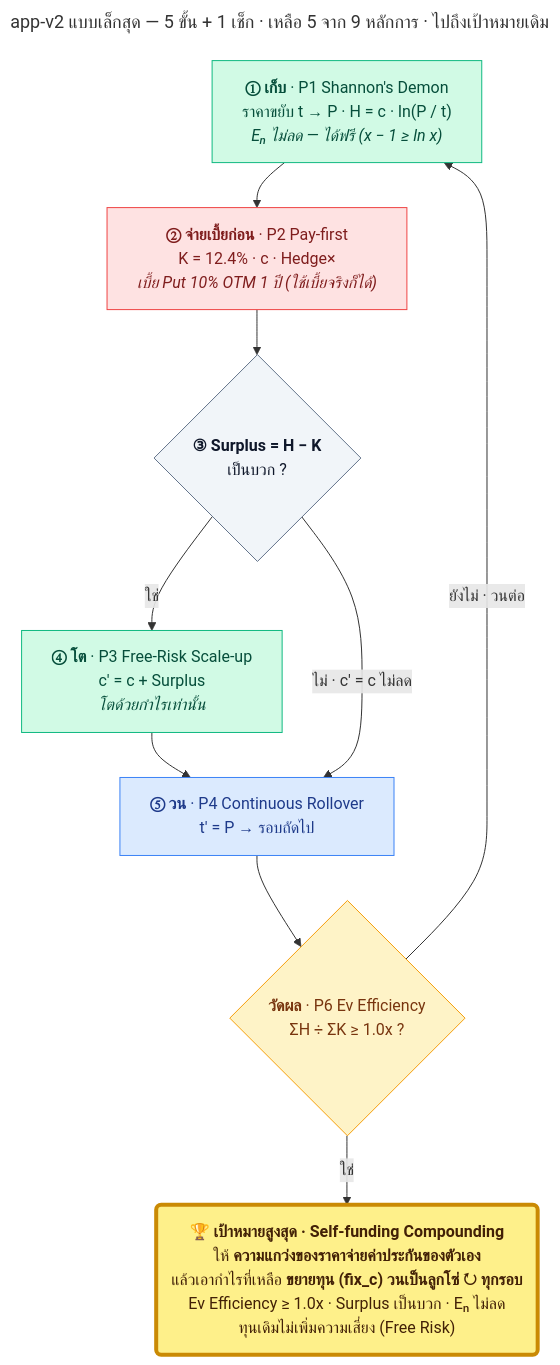
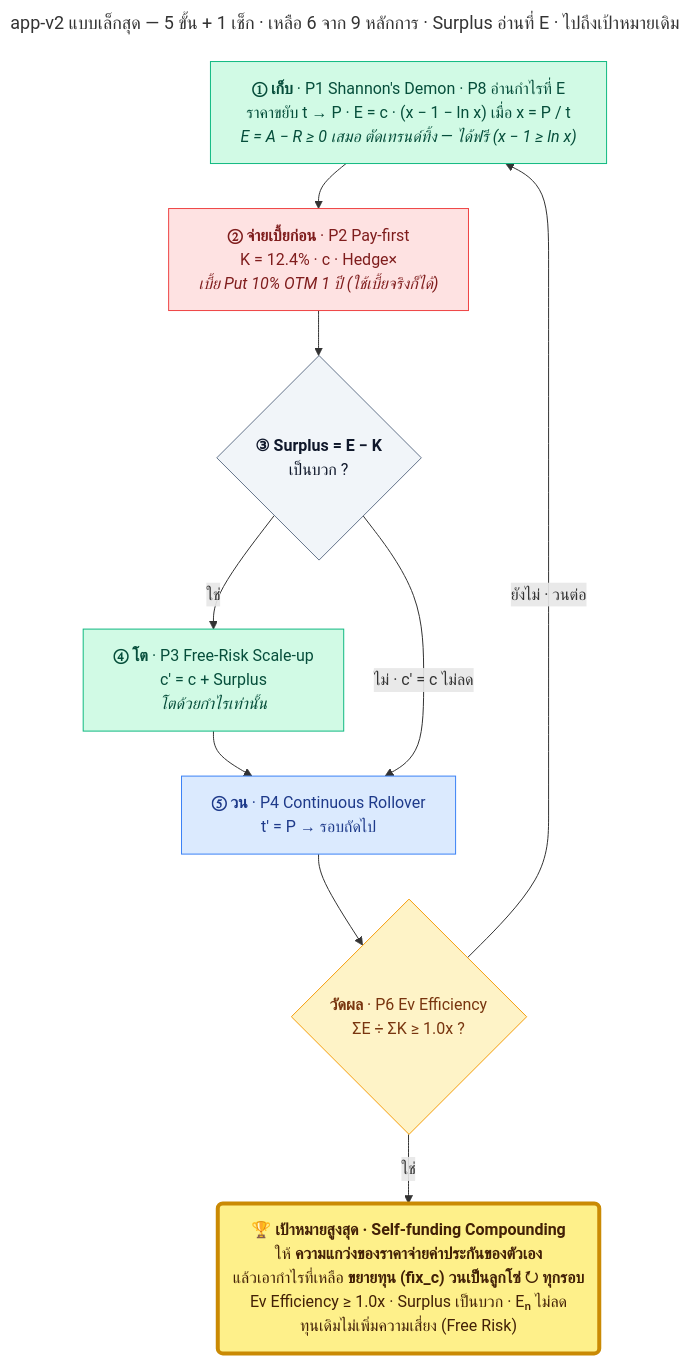
Before and after one commit to firstnattapon/super_app: the diagram in app_v2_minimal.mmd, drawn with Mermaid. The commit also changed 5 other files, not shown here.

First line of the commit message:
app-v3: read the Surplus at E (LEGO E = A - R) instead of R

```diff
--- a/app_v2_minimal.mmd
+++ b/app_v2_minimal.mmd
@@ -1,51 +1,55 @@
 ---
-title: 'app-v2 แบบเล็กสุด — 5 ขั้น + 1 เช็ก · เหลือ 5 จาก 9 หลักการ · ไปถึงเป้าหมายเดิม'
+title: 'app-v2 แบบเล็กสุด — 5 ขั้น + 1 เช็ก · เหลือ 6 จาก 9 หลักการ · Surplus อ่านที่ E · ไปถึงเป้าหมายเดิม'
 config:
   flowchart:
     wrappingWidth: 560
     nodeSpacing: 40
     rankSpacing: 45
 ---
 %% ═══════════════════════════════════════════════════════════════════════════════
 %% app_v2_system.mmd → แบบเล็กสุด: เป้าหมายเหมือนเดิมทุกตัวอักษร แต่เหลือ 5 ขั้น + 1 เช็ก (7 node จาก 42)
 %% ตัดวนจนนิ่ง — ตัดแล้วตัวเลขของเป้าหมายเท่าเดิมไหม? ถ้าเท่าเดิม = ตัดได้
 %%   รอบ 1  ไม่แตะตัวเลขเลย: 7 views · URL · Learn · Payoff · Testing Lab · Data (Import/Export/Restore) ·
 %%          Atomic Store + StaleState (= ความนิ่งของโปรแกรม ไม่ใช่คณิตศาสตร์)
-%%   รอบ 2  คำนวณทดแทนได้: Baseline b (= ΣH) · Ledger R·A·E (Eₙ ≥ 0 เป็นผลของขั้น ① อยู่แล้ว) · Integrity · Portfolio
+%%   รอบ 2  คำนวณทดแทนได้: Baseline b (= ΣR) · ตาราง Ledger R·A·E เต็ม (เหลือ E ที่ขั้น ①) · Integrity · Portfolio
 %%   รอบ 3  เสริมการจัดการ/ควบคุม: Cash Lanes (Pool CF · Extract · Deploy · EV Reserve) · Preview/Override gate
 %%   รอบ 4  ยุบโมเดล: Black-Scholes Put → ค่าคงที่เดียว K = 12.4% · c · Hedge× (เท่าเดิมเป๊ะ เพราะ σ r T และ K/S คงที่)
 %%   รอบ 5  ลองตัดทีละขั้นที่เหลือ → ตัวเลขเปลี่ยนทุกขั้น = ตัดอีกไม่ได้ (จุดนิ่ง)
-%% เหลือหลักการ 5 จาก 9: P1 P2 P3 P4 P6 · ตัดได้ 4: P5 Cash Lanes · P7 Atomic · P8 อ่านที่ E · P9 Human-in-the-loop
-%% ข้อสังเกต: "Ev Efficiency" ในแบบนี้ = กำไรที่ loop เก็บเอง (ΣH) ÷ เบี้ยสะสม (ΣK = Ev burn) — ในแอปตัวตั้งคือ Lock P&L + Surplus IV ที่บันทึกไว้
+%%   รอบ 6  แก้ฐานของ Surplus จาก R (ln) เป็น E — ให้ "ความแกว่ง" ล้วนๆ จ่ายค่าประกัน (ตัดเทรนด์ทิ้ง) ตรงกับเป้าหมาย
+%%          ⇒ P8 (อ่านกำไรที่ E) ตัดไม่ได้ เพราะมันคือขั้น ① เอง: E = A − R = c · (x − 1 − ln x) ≥ 0 เสมอ (x − 1 ≥ ln x)
+%% เหลือหลักการ 6 จาก 9: P1 P2 P3 P4 P6 P8 · ตัดได้ 3: P5 Cash Lanes · P7 Atomic · P9 Human-in-the-loop
+%% ข้อสังเกต: "Ev Efficiency" ในแบบนี้ = กำไรจากความแกว่งที่ loop เก็บเอง (ΣE = Eₙ) ÷ เบี้ยสะสม (ΣK = Ev burn) — ในแอปตัวตั้งคือ Lock P&L + Surplus IV ที่บันทึกไว้
+%%           จุดคุ้มค่าเบี้ยต่อรอบ (Hedge ×1): ราคาต้องขยับ +58% ขึ้น หรือ −42% ลง (ฐาน E) — ไม่ใช่ +13.2% ของฐาน R
 %% ทำเป็นหน้าจริง: pages/app-v3.py (หน้านี้คือแผนผังนี้ · แยกจาก app-v2 เด็ดขาด: โค้ด chain_v3.py + ไฟล์ข้อมูล data/app_v3.json ของตัวเอง)
-%% พิสูจน์ว่าเท่าเดิม: tests/test_minimal_loop.py (loop นี้ = engine จริง · chain_v3 ได้ตัวเลขเดียวกับ engine ทุกรอบ · ตัดขั้นไหนก็ผลเปลี่ยน · เป้าหมายตรงกับ app_v2_system.mmd)
+%% พิสูจน์: tests/test_minimal_loop.py (E ของขั้น ① = Eₙ ของ ledger_v2 ที่ใช้สมการ LEGO ทุกรอบ · chain_v3 วิ่ง loop นี้เป๊ะ · ตัดขั้นไหนก็ผลเปลี่ยน · เป้าหมายตรงกับ app_v2_system.mmd)
+%% หมายเหตุ: อ่าน Surplus ที่ E แล้ว fix_c จึง "ไม่เท่า" ของ engine_v2 ที่อ่านที่ R — ตั้งใจ (engine_v2 / app-v2 ไม่ถูกแก้)
 %% ═══════════════════════════════════════════════════════════════════════════════
 flowchart TB
 
-  H["<b>① เก็บ</b> · P1 Shannon's Demon<br/>ราคาขยับ t → P · H = c · ln(P / t)<br/><i>Eₙ ไม่ลด — ได้ฟรี (x − 1 ≥ ln x)</i>"]
+  H["<b>① เก็บ</b> · P1 Shannon's Demon · P8 อ่านกำไรที่ E<br/>ราคาขยับ t → P · E = c · (x − 1 − ln x) เมื่อ x = P / t<br/><i>E = A − R ≥ 0 เสมอ ตัดเทรนด์ทิ้ง — ได้ฟรี (x − 1 ≥ ln x)</i>"]
   K["<b>② จ่ายเบี้ยก่อน</b> · P2 Pay-first<br/>K = 12.4% · c · Hedge×<br/><i>เบี้ย Put 10% OTM 1 ปี (ใช้เบี้ยจริงก็ได้)</i>"]
-  D{"<b>③ Surplus = H − K</b><br/>เป็นบวก ?"}
+  D{"<b>③ Surplus = E − K</b><br/>เป็นบวก ?"}
   G["<b>④ โต</b> · P3 Free-Risk Scale-up<br/>c′ = c + Surplus<br/><i>โตด้วยกำไรเท่านั้น</i>"]
   R["<b>⑤ วน</b> · P4 Continuous Rollover<br/>t′ = P → รอบถัดไป"]
-  Q{"<b>วัดผล</b> · P6 Ev Efficiency<br/>ΣH ÷ ΣK ≥ 1.0x ?"}
+  Q{"<b>วัดผล</b> · P6 Ev Efficiency<br/>ΣE ÷ ΣK ≥ 1.0x ?"}
   GOAL("🏆 <b>เป้าหมายสูงสุด · Self-funding Compounding</b><br/>ให้ <b>ความแกว่งของราคาจ่ายค่าประกันของตัวเอง</b><br/>แล้วเอากำไรที่เหลือ <b>ขยายทุน (fix_c) วนเป็นลูกโซ่ ↻ ทุกรอบ</b><br/>Ev Efficiency ≥ 1.0x · Surplus เป็นบวก · Eₙ ไม่ลด<br/>ทุนเดิมไม่เพิ่มความเสี่ยง (Free Risk)")
 
   H --> K --> D
   D -->|ใช่| G --> R
   D -->|ไม่ · c′ = c ไม่ลด| R
   R --> Q
   Q -->|ใช่| GOAL
   Q -->|ยังไม่ · วนต่อ| H
 
   classDef money fill:#d1fae5,stroke:#10b981,color:#064e3b
   classDef cost fill:#fee2e2,stroke:#ef4444,color:#7f1d1d
   classDef ctrl fill:#dbeafe,stroke:#3b82f6,color:#1e3a8a
   classDef dec fill:#f1f5f9,stroke:#64748b,color:#0f172a
   classDef score fill:#fef3c7,stroke:#f59e0b,color:#78350f
   classDef goal fill:#fef08a,stroke:#ca8a04,stroke-width:4px,color:#422006
   class H,G money
   class K cost
   class D dec
   class R ctrl
   class Q score
   class GOAL goal
```
